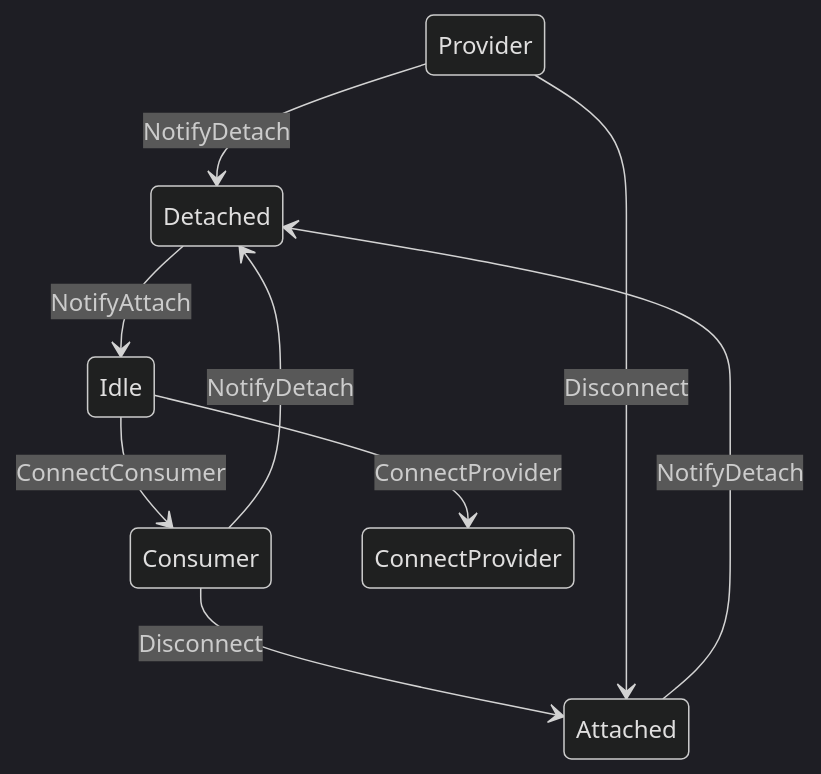
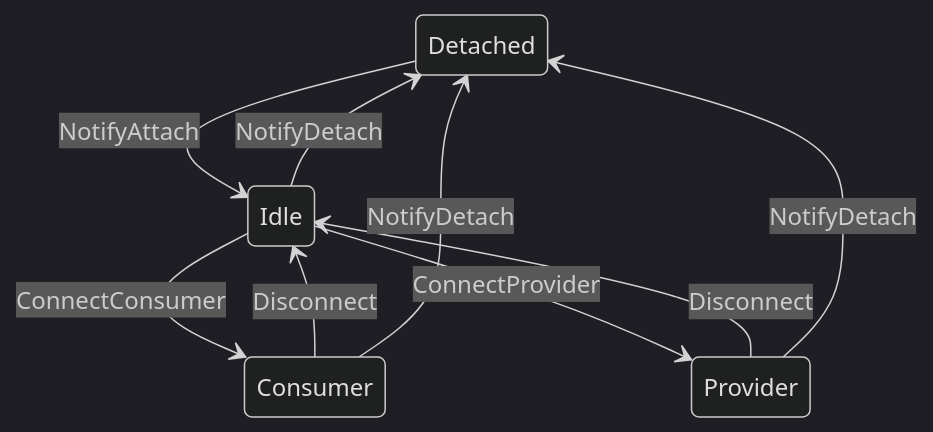
The diagram in docs/power-policy.md (zhuyi2024/embedded-services), drawn with Mermaid (dark theme) before and after one commit. The commit also changed other lines of this file, not shown here.

````diff
--- a/docs/power-policy.md
+++ b/docs/power-policy.md
@@ -15,11 +18,11 @@
 ```mermaid
 stateDiagram-v2
     Detached --> Idle : NotifyAttach
     Idle --> Consumer : ConnectConsumer
-    Idle --> ConnectProvider : ConnectProvider
-    Consumer --> Attached : Disconnect
-    Provider --> Attached : Disconnect
+    Idle --> Provider : ConnectProvider
+    Consumer --> Idle : Disconnect
+    Provider --> Idle : Disconnect
     Consumer --> Detached : NotifyDetach
     Provider --> Detached : NotifyDetach
-    Attached --> Detached : NotifyDetach
+    Idle --> Detached : NotifyDetach
 ```
````
